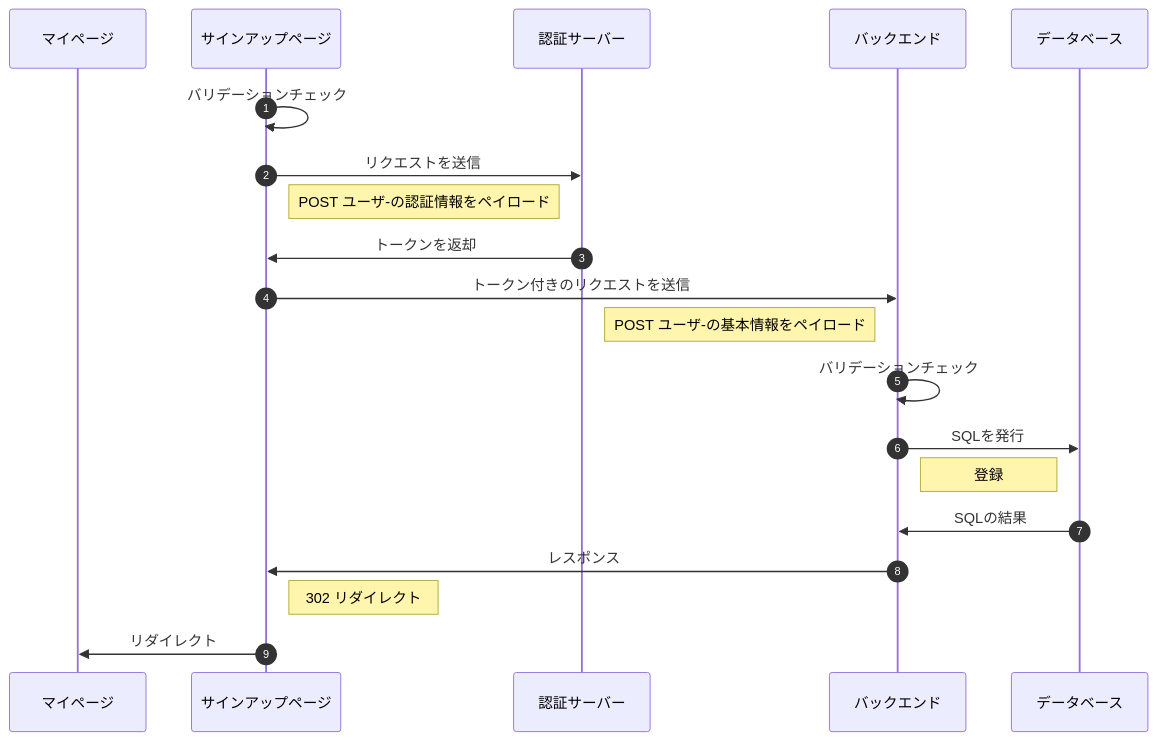
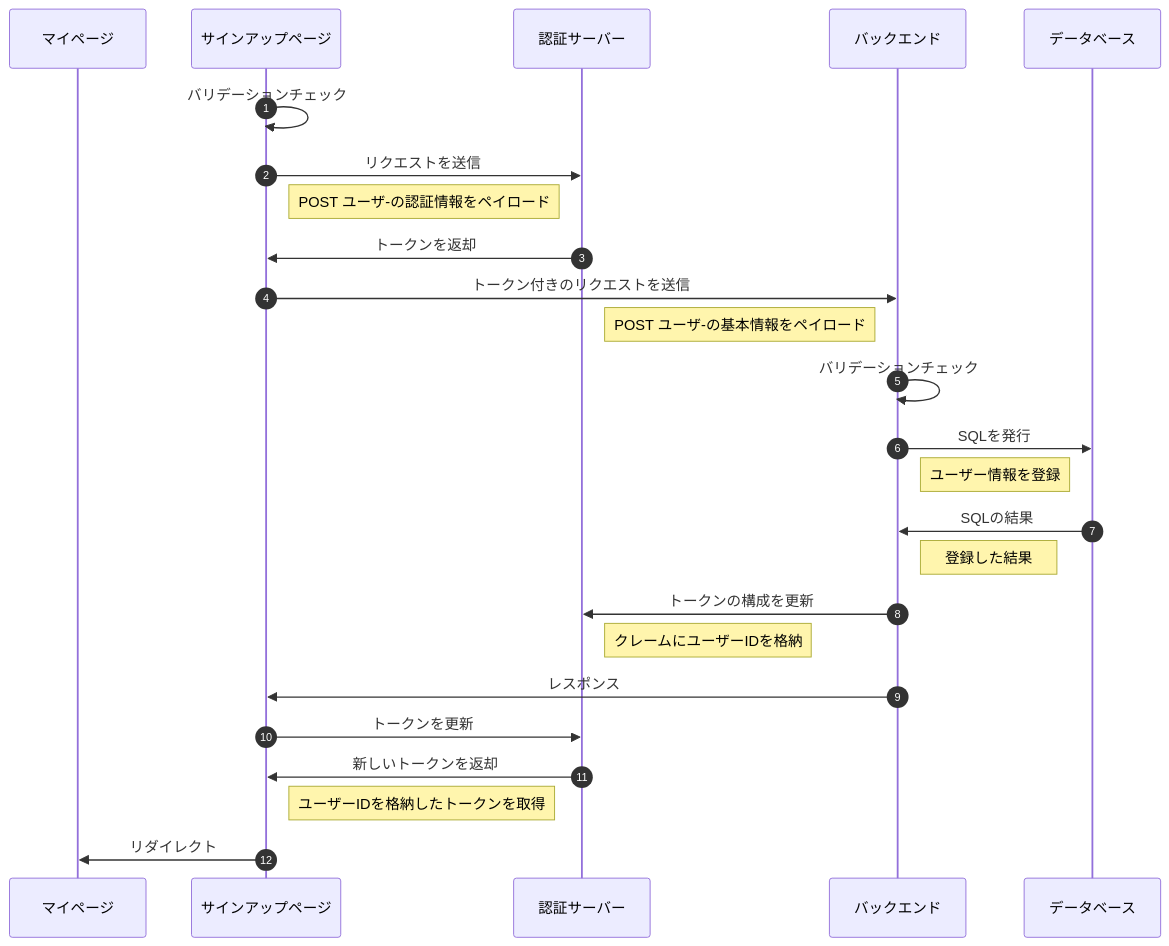
One commit to kyana0817/matching-app-design changed the fourth of 4 diagrams in README.md. Above: the diagram before and after it, drawn with Mermaid. The commit also changed other lines of this file and 3 other files, not shown here.

````diff
--- a/README.md
+++ b/README.md
@@ -580,22 +584,27 @@
 ```mermaid
 sequenceDiagram
     autonumber
     participant redirect_page as マイページ
     participant page as サインアップページ
     participant auth as 認証サーバー
     participant app as バックエンド
     participant db as データベース
     page->>page: バリデーションチェック
     page->>auth: リクエストを送信
     Note left of auth: POST ユーザ-の認証情報をペイロード
     auth->>page: トークンを返却
     page->>app: トークン付きのリクエストを送信
     Note left of app: POST ユーザ-の基本情報をペイロード
     app->>app: バリデーションチェック
     app->>db: SQLを発行
-    Note left of db: 登録
+    Note left of db: ユーザー情報を登録
     db->>app: SQLの結果
+    Note right of app: 登録した結果
+    app->>auth: トークンの構成を更新
+    Note right of auth: クレームにユーザーIDを格納
     app->>page: レスポンス
-    Note Right of page: 302 リダイレクト
+    page->>auth: トークンを更新
+    auth->>page: 新しいトークンを返却
+    Note right of page: ユーザーIDを格納したトークンを取得
     page->>redirect_page: リダイレクト
 ```
````
